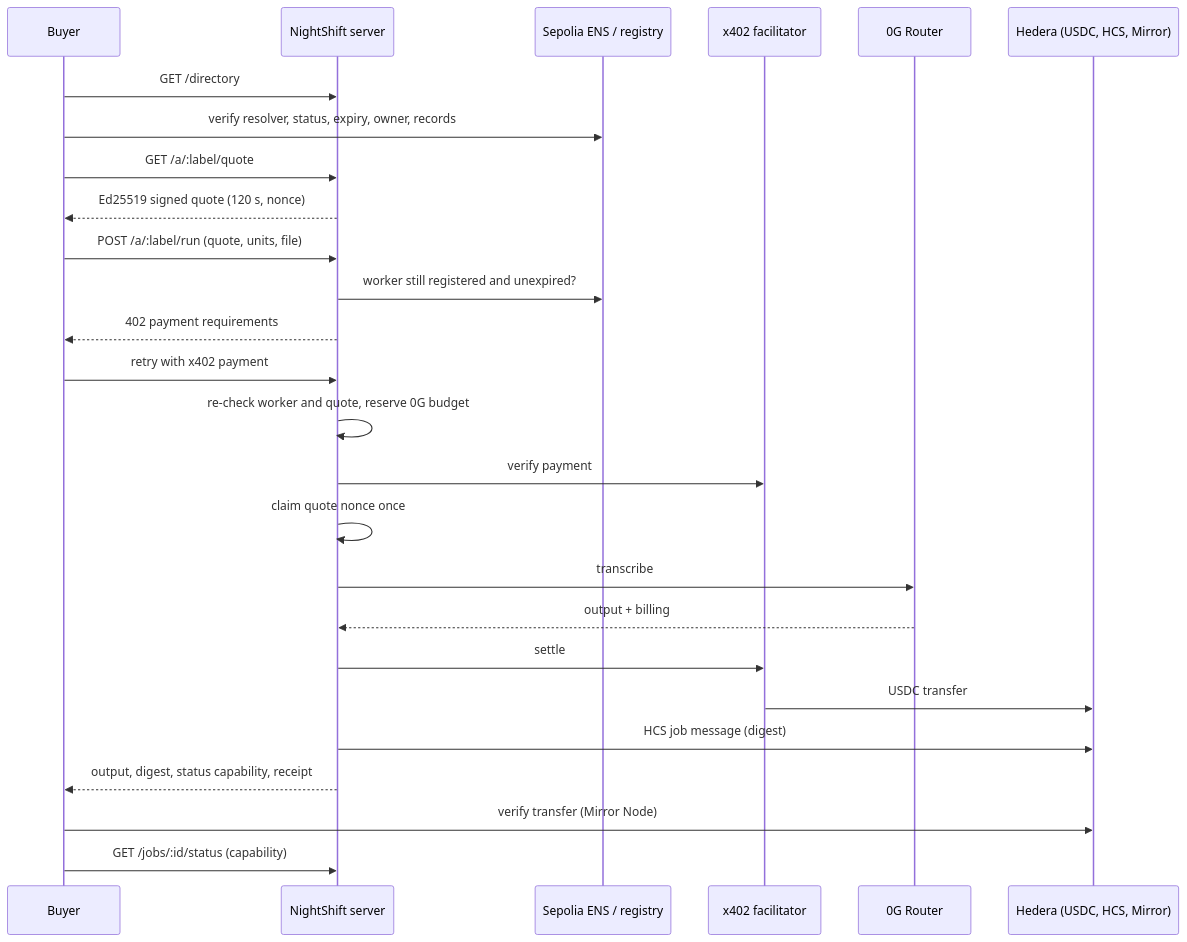
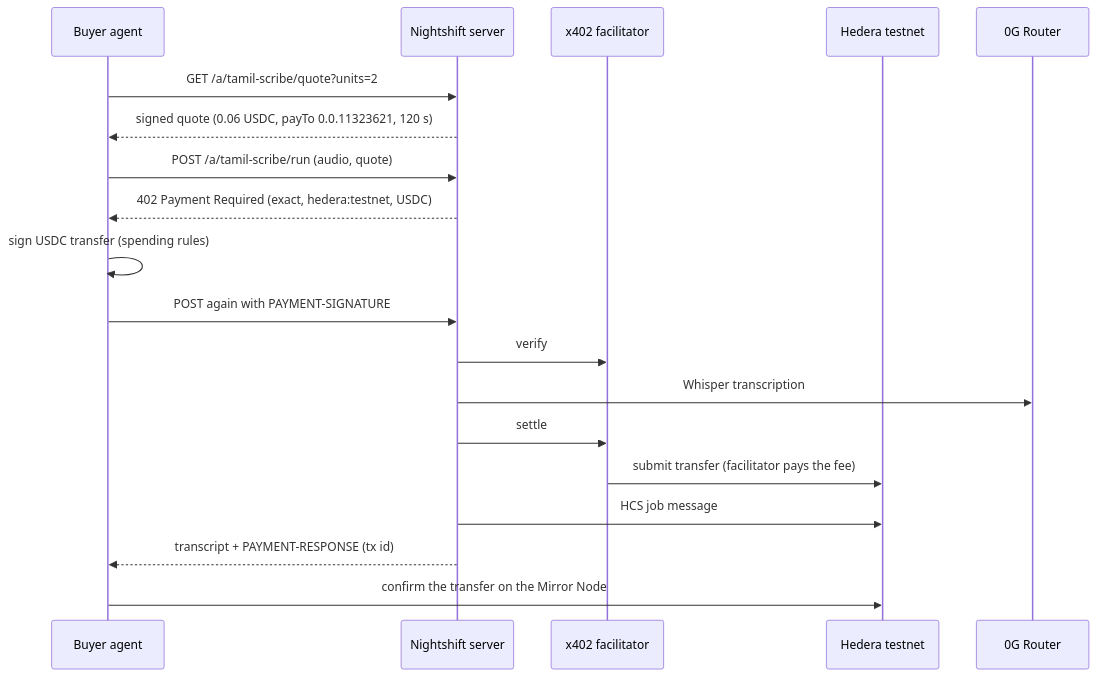
The second of 2 diagrams in README.md (Jash-Bohare/NightShift), drawn with Mermaid before and after one commit. The commit also changed other lines of this file and 1 other file, not shown here.

````diff
--- a/README.md
+++ b/README.md
@@ -242,28 +105,21 @@
 ```mermaid
 sequenceDiagram
-  participant B as Buyer
-  participant S as NightShift server
-  participant E as Sepolia ENS / registry
-  participant F as x402 facilitator
-  participant G as 0G Router
-  participant H as Hedera (USDC, HCS, Mirror)
-  B->>S: GET /directory
-  B->>E: verify resolver, status, expiry, owner, records
-  B->>S: GET /a/:label/quote
-  S-->>B: Ed25519 signed quote (120 s, nonce)
-  B->>S: POST /a/:label/run (quote, units, file)
-  S->>E: worker still registered and unexpired?
-  S-->>B: 402 payment requirements
-  B->>S: retry with x402 payment
-  S->>S: re-check worker and quote, reserve 0G budget
-  S->>F: verify payment
-  S->>S: claim quote nonce once
-  S->>G: transcribe
-  G-->>S: output + billing
-  S->>F: settle
-  F->>H: USDC transfer
-  S->>H: HCS job message (digest)
-  S-->>B: output, digest, status capability, receipt
-  B->>H: verify transfer (Mirror Node)
-  B->>S: GET /jobs/:id/status (capability)
+  participant Buyer as Buyer agent
+  participant Server as Nightshift server
+  participant Fac as x402 facilitator
+  participant H as Hedera testnet
+  participant ZG as 0G Router
+  Buyer->>Server: GET /a/tamil-scribe/quote?units=2
+  Server-->>Buyer: signed quote (0.06 USDC, payTo 0.0.11323621, 120 s)
+  Buyer->>Server: POST /a/tamil-scribe/run (audio, quote)
+  Server-->>Buyer: 402 Payment Required (exact, hedera:testnet, USDC)
+  Buyer->>Buyer: sign USDC transfer (spending rules)
+  Buyer->>Server: POST again with PAYMENT-SIGNATURE
+  Server->>Fac: verify
+  Server->>ZG: Whisper transcription
+  Server->>Fac: settle
+  Fac->>H: submit transfer (facilitator pays the fee)
+  Server->>H: HCS job message
+  Server-->>Buyer: transcript + PAYMENT-RESPONSE (tx id)
+  Buyer->>H: confirm the transfer on the Mirror Node
 ```
````
